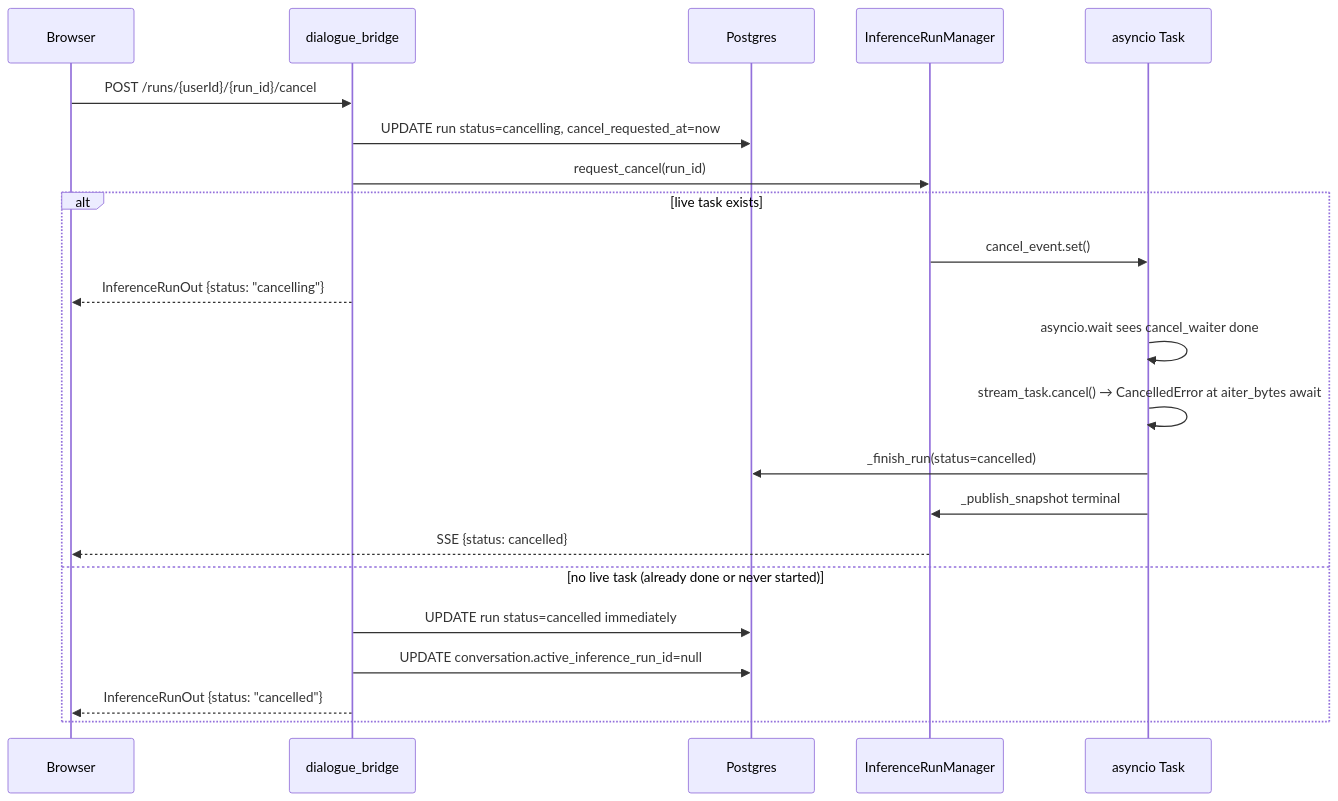
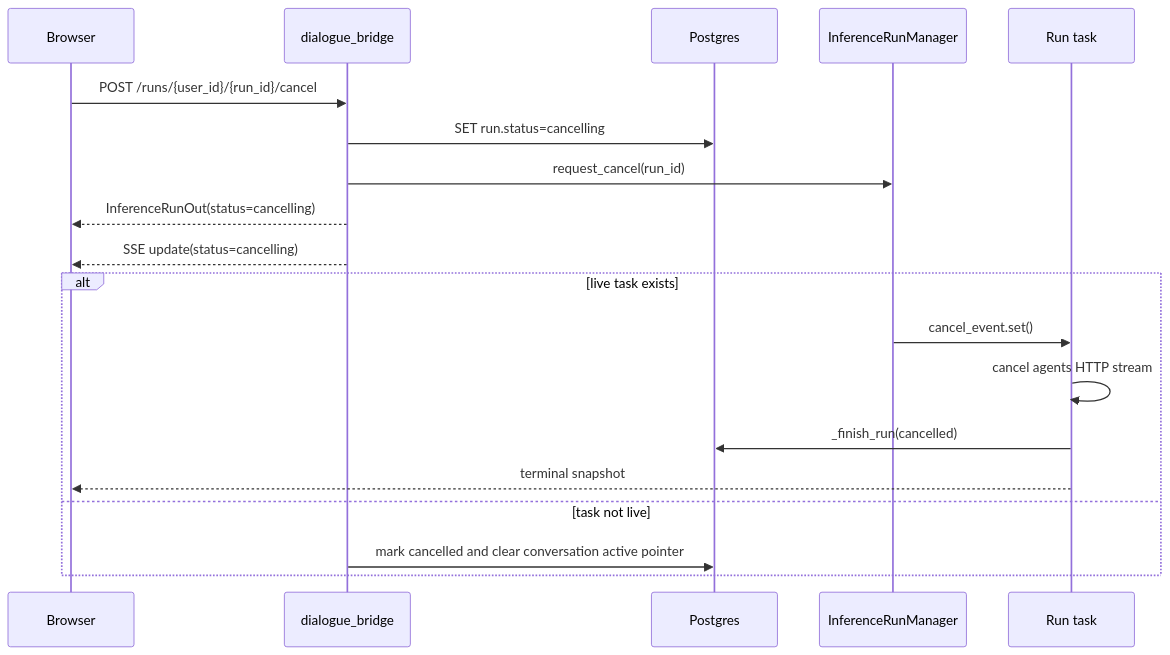
One commit to konstantinosmpouros/mAgenticX changed the eighth of 9 diagrams in docs/flows/inference-streaming.md. Above: the diagram before and after it, drawn with Mermaid. The commit also changed other lines of this file and 26 other files, not shown here.

Commit message:
Refactor inference start flow to backend-owned runs

````diff
--- a/docs/flows/inference-streaming.md
+++ b/docs/flows/inference-streaming.md
@@ -220,26 +357,23 @@
 ```mermaid
 sequenceDiagram
     participant UI as Browser
     participant Bridge as dialogue_bridge
     participant PG as Postgres
     participant Manager as InferenceRunManager
-    participant Task as asyncio Task
+    participant Task as Run task
 
-    UI->>Bridge: POST /runs/{userId}/{run_id}/cancel
-    Bridge->>PG: UPDATE run status=cancelling, cancel_requested_at=now
+    UI->>Bridge: POST /runs/{user_id}/{run_id}/cancel
+    Bridge->>PG: SET run.status=cancelling
     Bridge->>Manager: request_cancel(run_id)
+    Bridge-->>UI: InferenceRunOut(status=cancelling)
+    Bridge-->>UI: SSE update(status=cancelling)
 
     alt live task exists
         Manager->>Task: cancel_event.set()
-        Bridge-->>UI: InferenceRunOut {status: "cancelling"}
-        Task->>Task: asyncio.wait sees cancel_waiter done
-        Task->>Task: stream_task.cancel() → CancelledError at aiter_bytes await
-        Task->>PG: _finish_run(status=cancelled)
-        Task->>Manager: _publish_snapshot terminal
-        Manager-->>UI: SSE {status: cancelled}
-    else no live task (already done or never started)
-        Bridge->>PG: UPDATE run status=cancelled immediately
-        Bridge->>PG: UPDATE conversation.active_inference_run_id=null
-        Bridge-->>UI: InferenceRunOut {status: "cancelled"}
+        Task->>Task: cancel agents HTTP stream
+        Task->>PG: _finish_run(cancelled)
+        Task-->>UI: terminal snapshot
+    else task not live
+        Bridge->>PG: mark cancelled and clear conversation active pointer
     end
 ```
````
